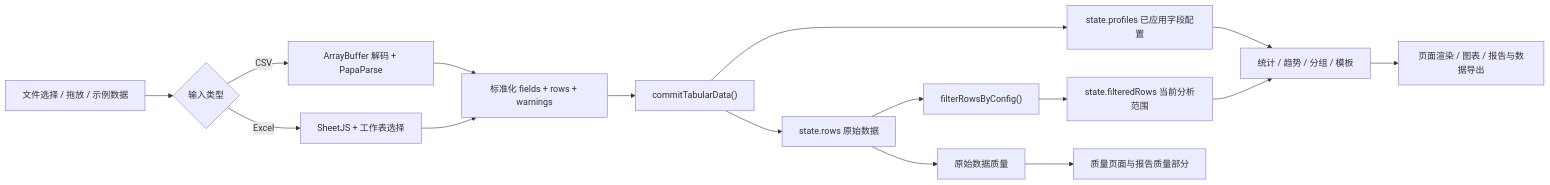
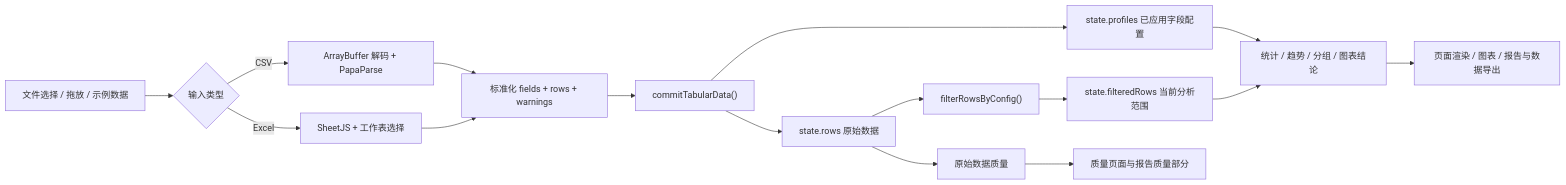
One commit to wy-data-30/smart-tabular-analyzer changed the diagram in docs/ARCHITECTURE.md. Above: the diagram before and after it, drawn with Mermaid. The commit also changed other lines of this file and 7 other files, not shown here.

Commit message:
docs: describe v2.7.0 removals and chart conclusions

````diff
--- a/docs/ARCHITECTURE.md
+++ b/docs/ARCHITECTURE.md
@@ -80,18 +78,18 @@
 ```mermaid
 flowchart LR
   A["文件选择 / 拖放 / 示例数据"] --> B{"输入类型"}
   B -->|CSV| C["ArrayBuffer 解码 + PapaParse"]
   B -->|Excel| D["SheetJS + 工作表选择"]
   C --> E["标准化 fields + rows + warnings"]
   D --> E
   E --> F["commitTabularData()"]
   F --> G["state.rows 原始数据"]
   F --> H["state.profiles 已应用字段配置"]
   G --> I["原始数据质量"]
   G --> J["filterRowsByConfig()"]
   J --> K["state.filteredRows 当前分析范围"]
-  H --> L["统计 / 趋势 / 分组 / 模板"]
+  H --> L["统计 / 趋势 / 分组 / 图表结论"]
   K --> L
   I --> M["质量页面与报告质量部分"]
   L --> N["页面渲染 / 图表 / 报告与数据导出"]
 ```
````
